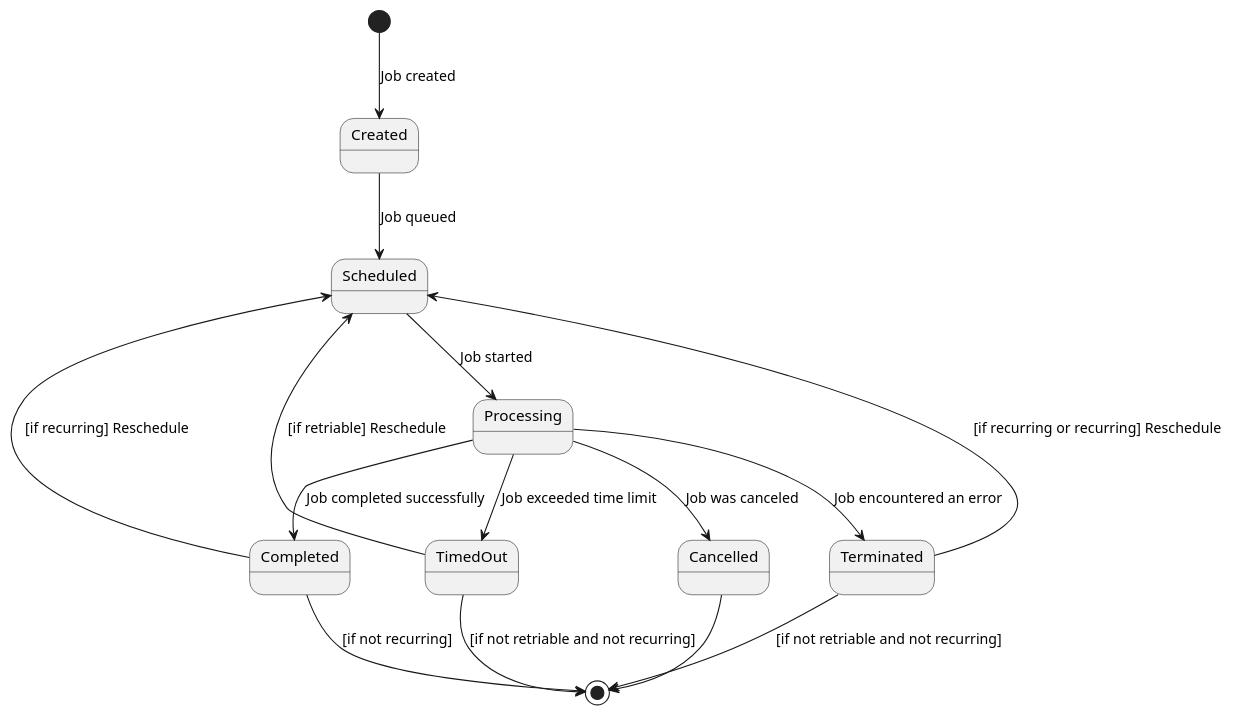
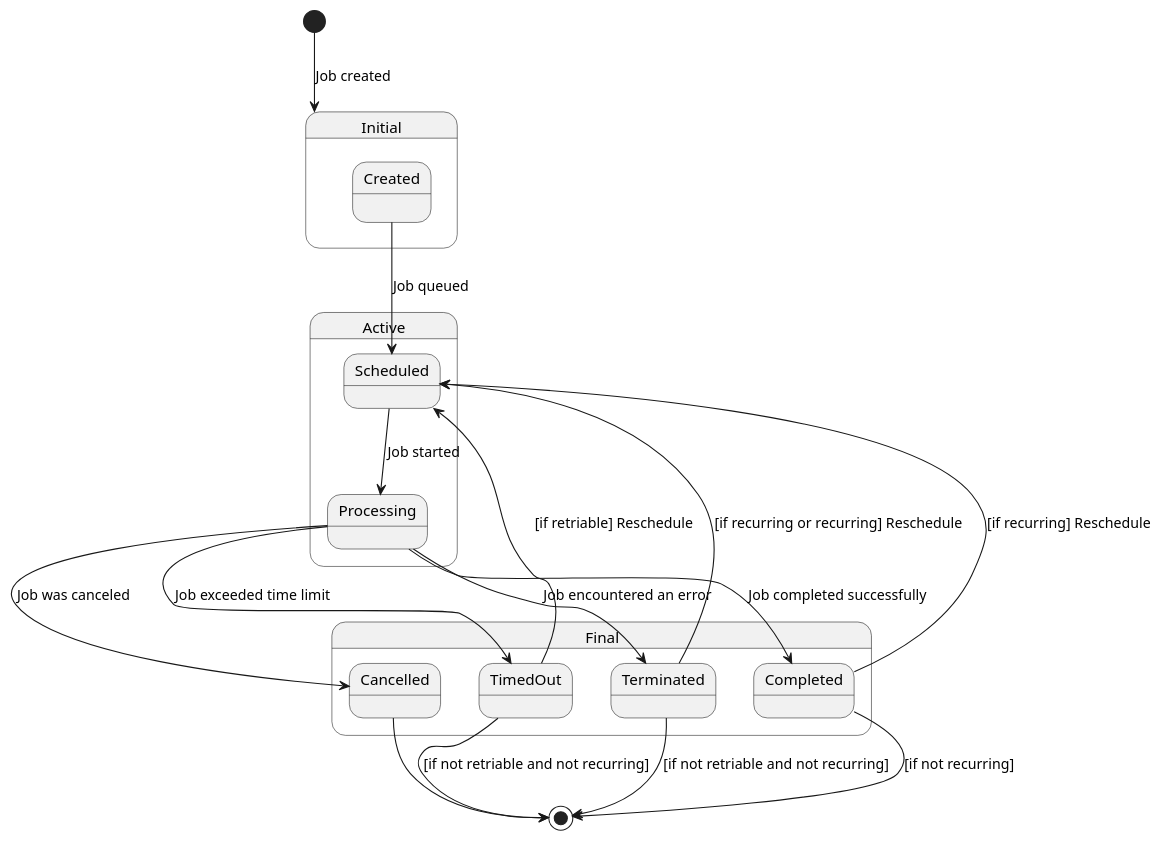
One commit to cybergarage/go-job changed the diagram in doc/img/job-state.pu. Above: the diagram before and after it, drawn with PlantUML. The commit also changed 1 other file, not shown here.

```diff
--- a/doc/img/job-state.pu
+++ b/doc/img/job-state.pu
@@ -1,19 +1,30 @@
 @startuml
-[*] --> Created : Job created
 
+[*] --> Initial : Job created
+
+State Initial {
+Created : 
+}
+
+State Active {
 Created --> Scheduled : Job queued
 Scheduled --> Processing : Job started
+}
+
+State Final {
 Processing --> Completed : Job completed successfully
 Processing --> Terminated : Job encountered an error
 Terminated --> Scheduled : [if recurring or recurring] Reschedule
 Completed --> Scheduled : [if recurring] Reschedule
+
+Processing --> Cancelled : Job was canceled
+Processing --> TimedOut : Job exceeded time limit
+TimedOut --> Scheduled : [if retriable] Reschedule
+}
+
 Terminated --> [*] : [if not retriable and not recurring]
 Completed --> [*] : [if not recurring]
-
-Processing --> Cancelled : Job was canceled
 Cancelled --> [*]
-Processing --> TimedOut : Job exceeded time limit
-TimedOut --> Scheduled : [if retriable] Reschedule
 TimedOut --> [*] : [if not retriable and not recurring]
 
 @enduml
```
